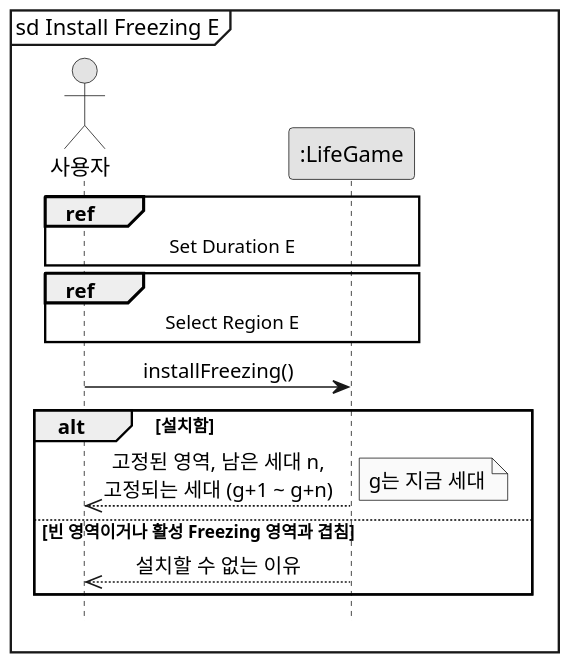
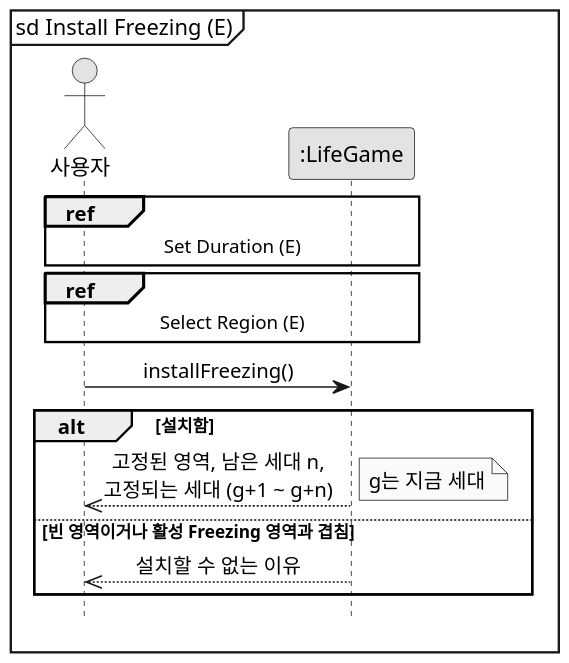
Before and after one commit to mckimR1972/DP_team_project: the diagram in docs/freezing/diagram/ssd-install.puml, drawn with PlantUML. The commit also changed 16 other files, not shown here.

```diff
--- a/docs/freezing/diagram/ssd-install.puml
+++ b/docs/freezing/diagram/ssd-install.puml
@@ -1,23 +1,23 @@
 @startuml ssd-install
 skinparam monochrome true
 skinparam dpi 150
 skinparam shadowing false
 skinparam defaultFontName "Malgun Gothic"
 skinparam sequenceMessageAlign center
 hide footbox
-mainframe sd Install Freezing E
+mainframe sd Install Freezing (E)
 
 actor "사용자" as User
 participant ":LifeGame" as System
 
-ref over User, System : Set Duration E
-ref over User, System : Select Region E
+ref over User, System : Set Duration (E)
+ref over User, System : Select Region (E)
 
 User -> System : installFreezing()
 alt 설치함
   System -->> User : 고정된 영역, 남은 세대 n,\n고정되는 세대 (g+1 ~ g+n)
   note right : g는 지금 세대
 else 빈 영역이거나 활성 Freezing 영역과 겹침
   System -->> User : 설치할 수 없는 이유
 end
 @enduml
```
